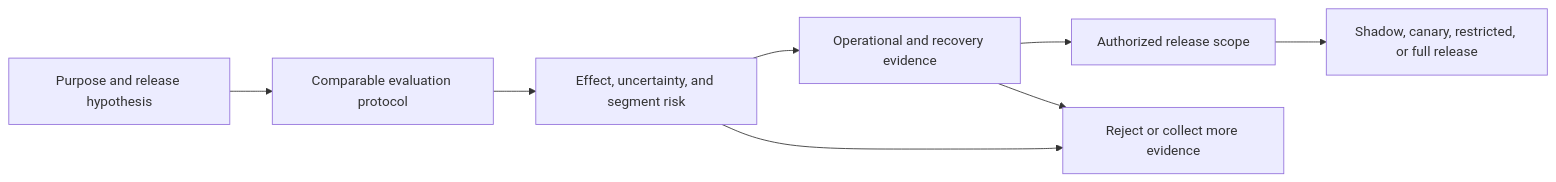
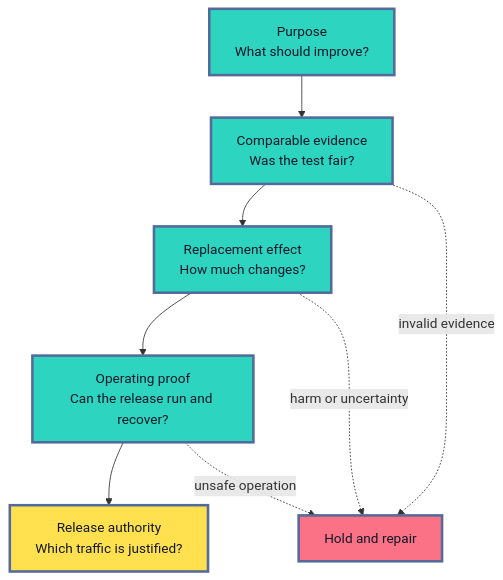
One commit to senlinyy/dev-roadmaps changed the first of 3 diagrams in roadmaps/mlops/modules/model-evaluation/release-decisions/01-candidate-vs-production-model.md. Above: the diagram before and after it, drawn with Mermaid. The commit also changed other lines of this file and 198 other files, not shown here.

````diff
--- a/roadmaps/mlops/modules/model-evaluation/release-decisions/01-candidate-vs-production-model.md
+++ b/roadmaps/mlops/modules/model-evaluation/release-decisions/01-candidate-vs-production-model.md
@@ -27,10 +43,18 @@
 ```mermaid
-flowchart LR
-    P["Purpose and release hypothesis"] --> C["Comparable evaluation protocol"]
-    C --> E["Effect, uncertainty, and segment risk"]
-    E --> O["Operational and recovery evidence"]
-    O --> A["Authorized release scope"]
-    A --> R["Shadow, canary, restricted, or full release"]
-    E --> X["Reject or collect more evidence"]
-    O --> X
+flowchart TD
+    P["Purpose<br/>What should improve?"] --> C["Comparable evidence<br/>Was the test fair?"]
+    C --> E["Replacement effect<br/>How much changes?"]
+    E --> O["Operating proof<br/>Can the release run and recover?"]
+    O --> A["Release authority<br/>Which traffic is justified?"]
+
+    C -. "invalid evidence" .-> H["Hold and repair"]
+    E -. "harm or uncertainty" .-> H
+    O -. "unsafe operation" .-> H
+
+    classDef question fill:#2DD4BF,stroke:#536A9A,stroke-width:3px,color:#0F172A
+    classDef decision fill:#FFE04F,stroke:#536A9A,stroke-width:3px,color:#111827
+    classDef hold fill:#FB7185,stroke:#536A9A,stroke-width:3px,color:#111827
+    class P,C,E,O question
+    class A decision
+    class H hold
 ```
````
